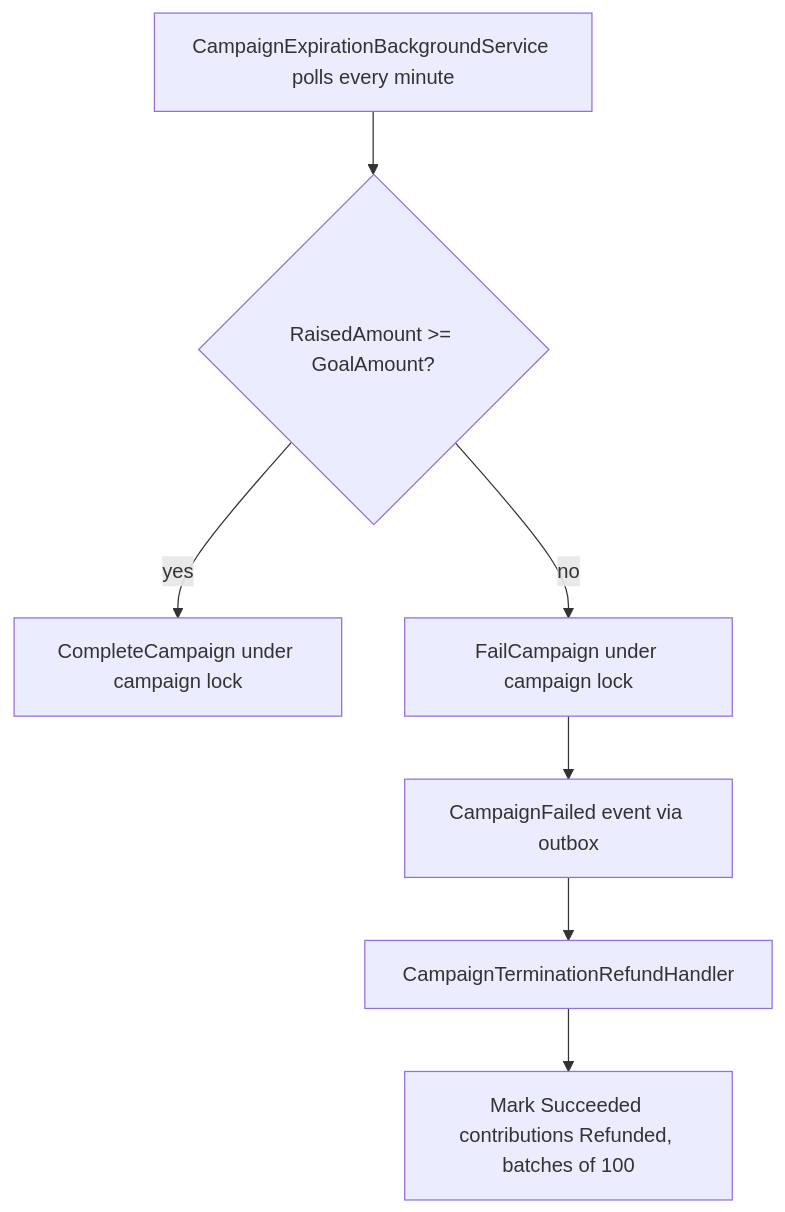
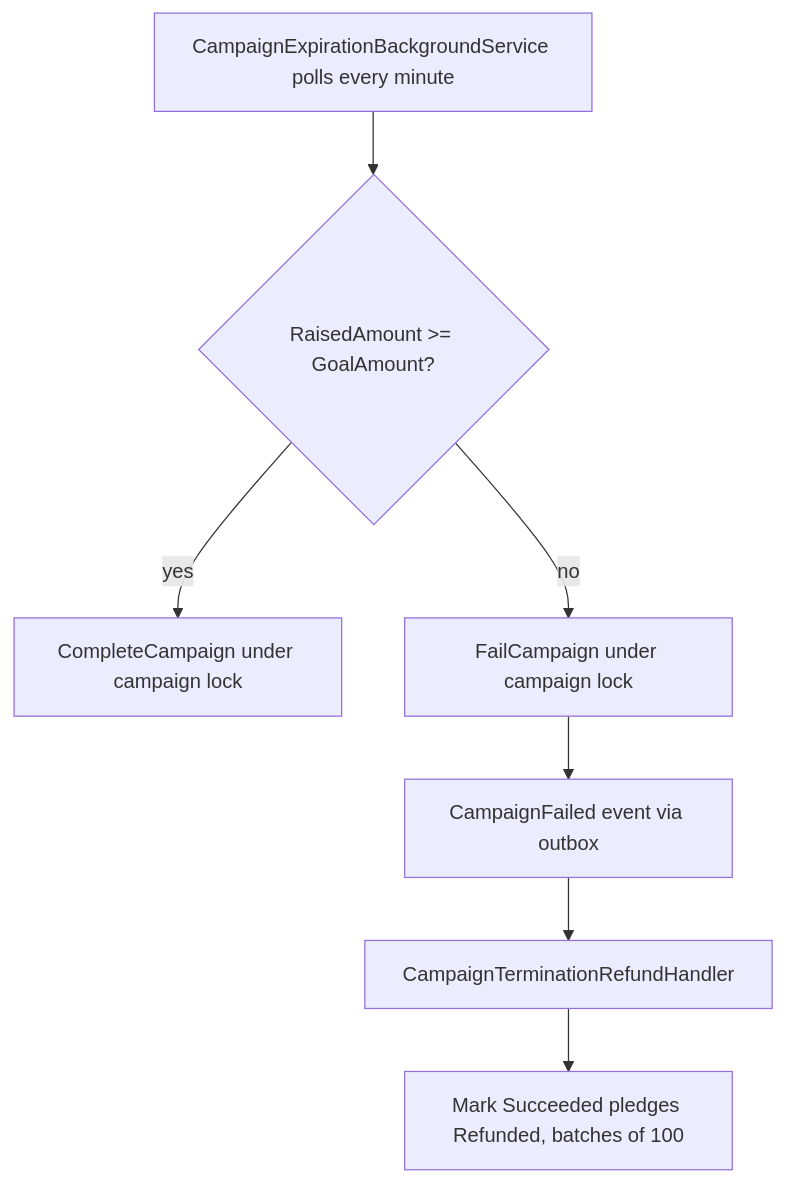
One commit to maysamgamini/crowdfundinghub changed the third of 4 diagrams in educational/03-engineering-spec-and-roadmap/design-to-code-mapping-round1.md. Above: the diagram before and after it, drawn with Mermaid. The commit also changed other lines of this file and 571 other files, not shown here.

````diff
--- a/educational/03-engineering-spec-and-roadmap/design-to-code-mapping-round1.md
+++ b/educational/03-engineering-spec-and-roadmap/design-to-code-mapping-round1.md
@@ -112,9 +112,9 @@
 ```mermaid
 flowchart TD
     A[CampaignExpirationBackgroundService polls every minute] --> B{RaisedAmount >= GoalAmount?}
     B -- yes --> C[CompleteCampaign under campaign lock]
     B -- no --> D[FailCampaign under campaign lock]
     D --> E[CampaignFailed event via outbox]
     E --> F[CampaignTerminationRefundHandler]
-    F --> G[Mark Succeeded contributions Refunded, batches of 100]
+    F --> G[Mark Succeeded pledges Refunded, batches of 100]
 ```
````
